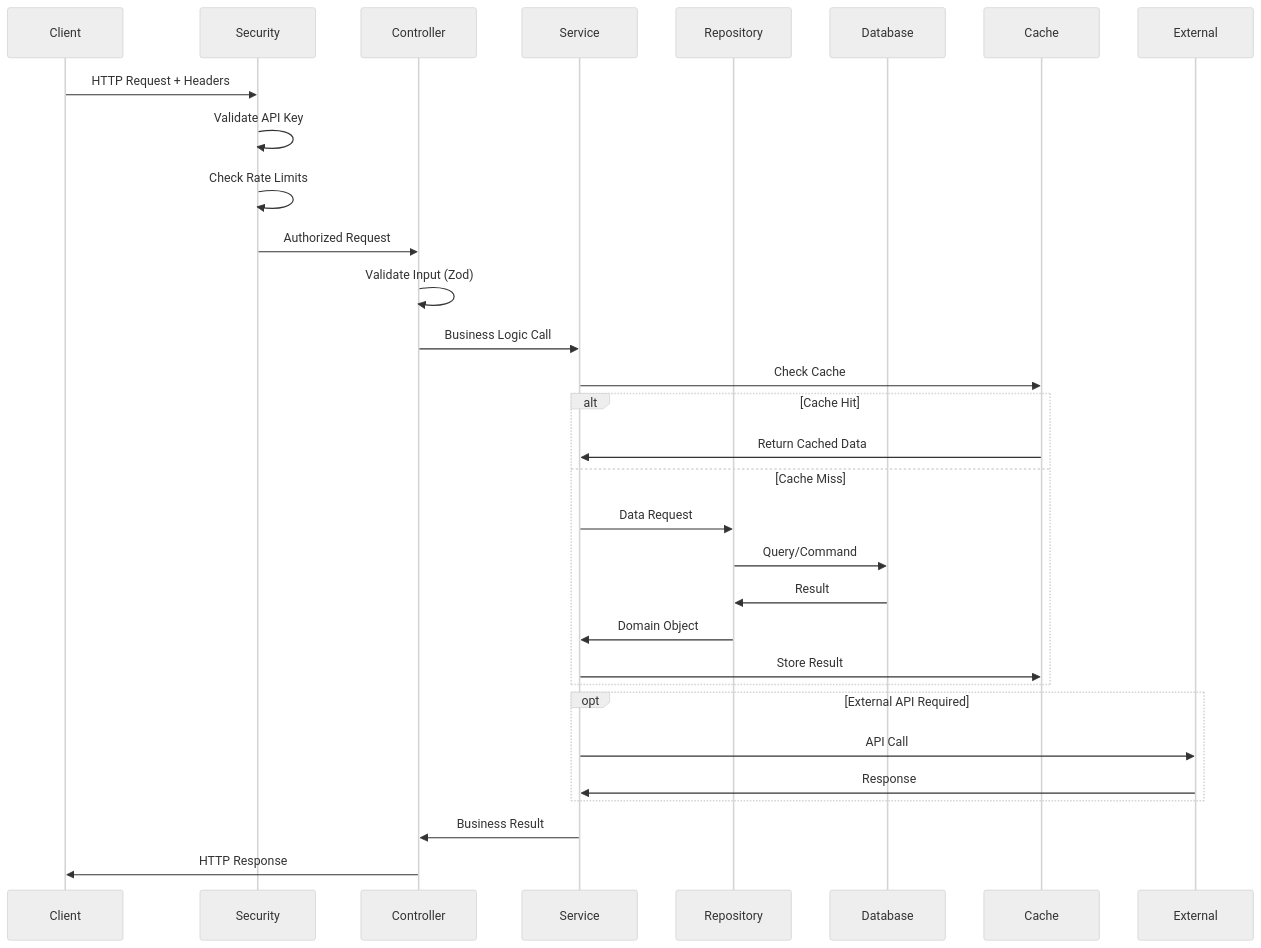
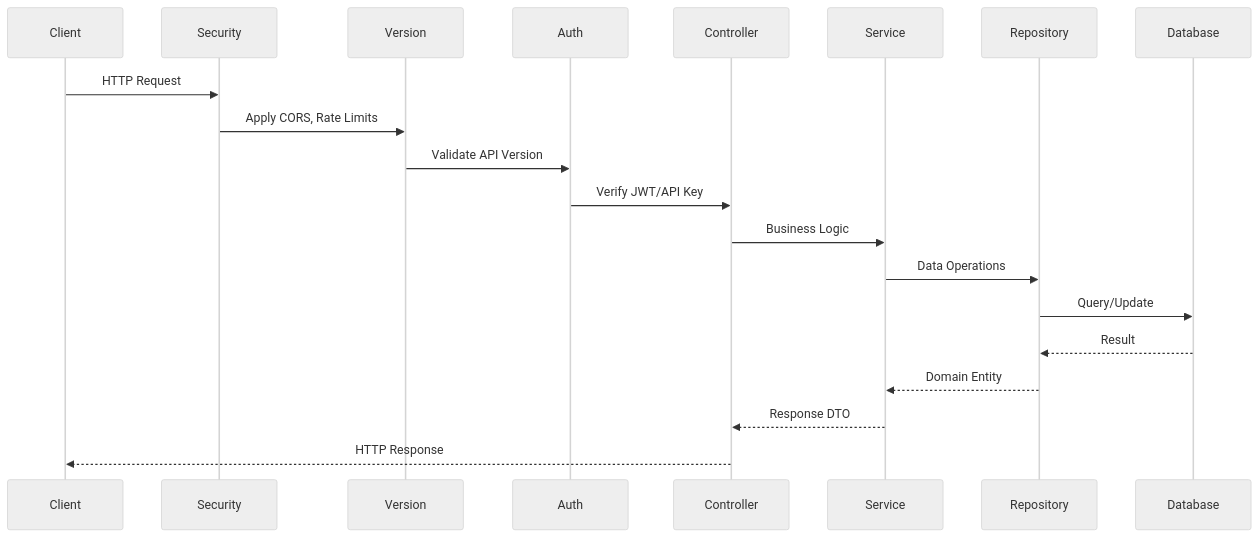
Before and after one commit to sx-tane/tourii-backend: the second of 3 diagrams in docs/SYSTEM_ARCHITECTURE.md, drawn with Mermaid (neutral theme). The commit also changed other lines of this file and 2 other files, not shown here.

First line of the commit message:
Update API documentation and database guide for Tourii platform

````diff
--- a/docs/SYSTEM_ARCHITECTURE.md
+++ b/docs/SYSTEM_ARCHITECTURE.md
@@ -214,38 +185,23 @@
 ```mermaid
 sequenceDiagram
     participant Client
     participant Security
+    participant Version
+    participant Auth
     participant Controller
     participant Service
     participant Repository
     participant Database
-    participant Cache
-    participant External
 
-    Client->>Security: HTTP Request + Headers
-    Security->>Security: Validate API Key
-    Security->>Security: Check Rate Limits
-    Security->>Controller: Authorized Request
-
-    Controller->>Controller: Validate Input (Zod)
-    Controller->>Service: Business Logic Call
-
-    Service->>Cache: Check Cache
-    alt Cache Hit
-        Cache->>Service: Return Cached Data
-    else Cache Miss
-        Service->>Repository: Data Request
-        Repository->>Database: Query/Command
-        Database->>Repository: Result
-        Repository->>Service: Domain Object
-        Service->>Cache: Store Result
-    end
-
-    opt External API Required
-        Service->>External: API Call
-        External->>Service: Response
-    end
-
-    Service->>Controller: Business Result
-    Controller->>Client: HTTP Response
+    Client->>Security: HTTP Request
+    Security->>Version: Apply CORS, Rate Limits
+    Version->>Auth: Validate API Version
+    Auth->>Controller: Verify JWT/API Key
+    Controller->>Service: Business Logic
+    Service->>Repository: Data Operations
+    Repository->>Database: Query/Update
+    Database-->>Repository: Result
+    Repository-->>Service: Domain Entity
+    Service-->>Controller: Response DTO
+    Controller-->>Client: HTTP Response
 ```
````
